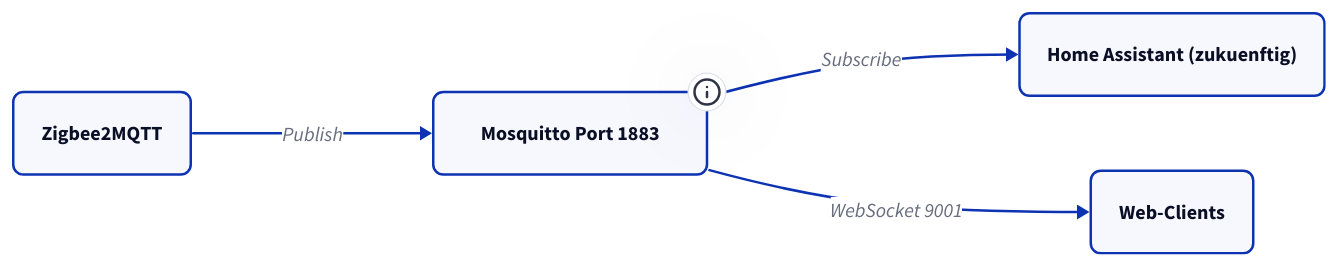
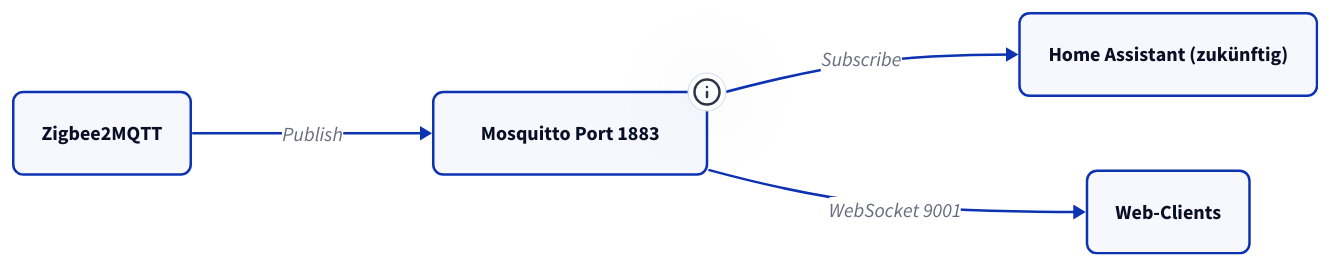
The diagram in docs/iot-stack/referenz.md (derever-labs/homelab-wiki), drawn with D2 before and after one commit. The commit also changed other lines of this file and 72 other files, not shown here.

````diff
--- a/docs/iot-stack/referenz.md
+++ b/docs/iot-stack/referenz.md
@@ -33,12 +31,12 @@
 ```d2
 direction: right
 
 Z2M: Zigbee2MQTT { style.border-radius: 8 }
 MQ: "Mosquitto Port 1883" { style.border-radius: 8; tooltip: "Port 1883 (MQTT), Port 9001 (WebSocket)" }
-HA: "Home Assistant (zukuenftig)" { style.border-radius: 8 }
+HA: "Home Assistant (zukünftig)" { style.border-radius: 8 }
 WS: Web-Clients { style.border-radius: 8 }
 
 Z2M -> MQ: Publish
 MQ -> HA: Subscribe
 MQ -> WS: WebSocket 9001
 ```
````
